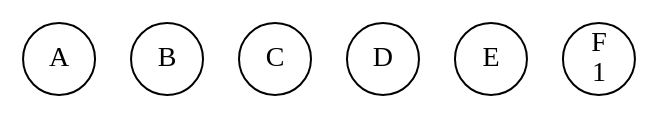
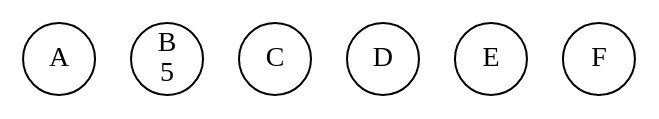
The diagram in concurrency-lab-2/bank/out/0000000000.gv (li23179/GO), drawn with Graphviz before and after one commit. The commit also changed 76 other files, not shown here.

```diff
--- a/concurrency-lab-2/bank/out/0000000000.gv
+++ b/concurrency-lab-2/bank/out/0000000000.gv
@@ -1,8 +1,8 @@
 digraph bank {
 	 0 [label= "A\n" , pos= "1,0!" , shape=circle, fixedsize=true, width=0.5 ]
-	 1 [label= "B\n" , pos= "0,1!" , shape=circle, fixedsize=true, width=0.5 ]
+	 1 [label= "B\n5" , pos= "0,1!" , shape=circle, fixedsize=true, width=0.5 ]
 	 2 [label= "C\n" , pos= "1,2!" , shape=circle, fixedsize=true, width=0.5 ]
 	 3 [label= "D\n" , pos= "2,2!" , shape=circle, fixedsize=true, width=0.5 ]
 	 4 [label= "E\n" , pos= "3,1!" , shape=circle, fixedsize=true, width=0.5 ]
-	 5 [label= "F\n1" , pos= "2,0!" , shape=circle, fixedsize=true, width=0.5 ]
+	 5 [label= "F\n" , pos= "2,0!" , shape=circle, fixedsize=true, width=0.5 ]
 }
```
